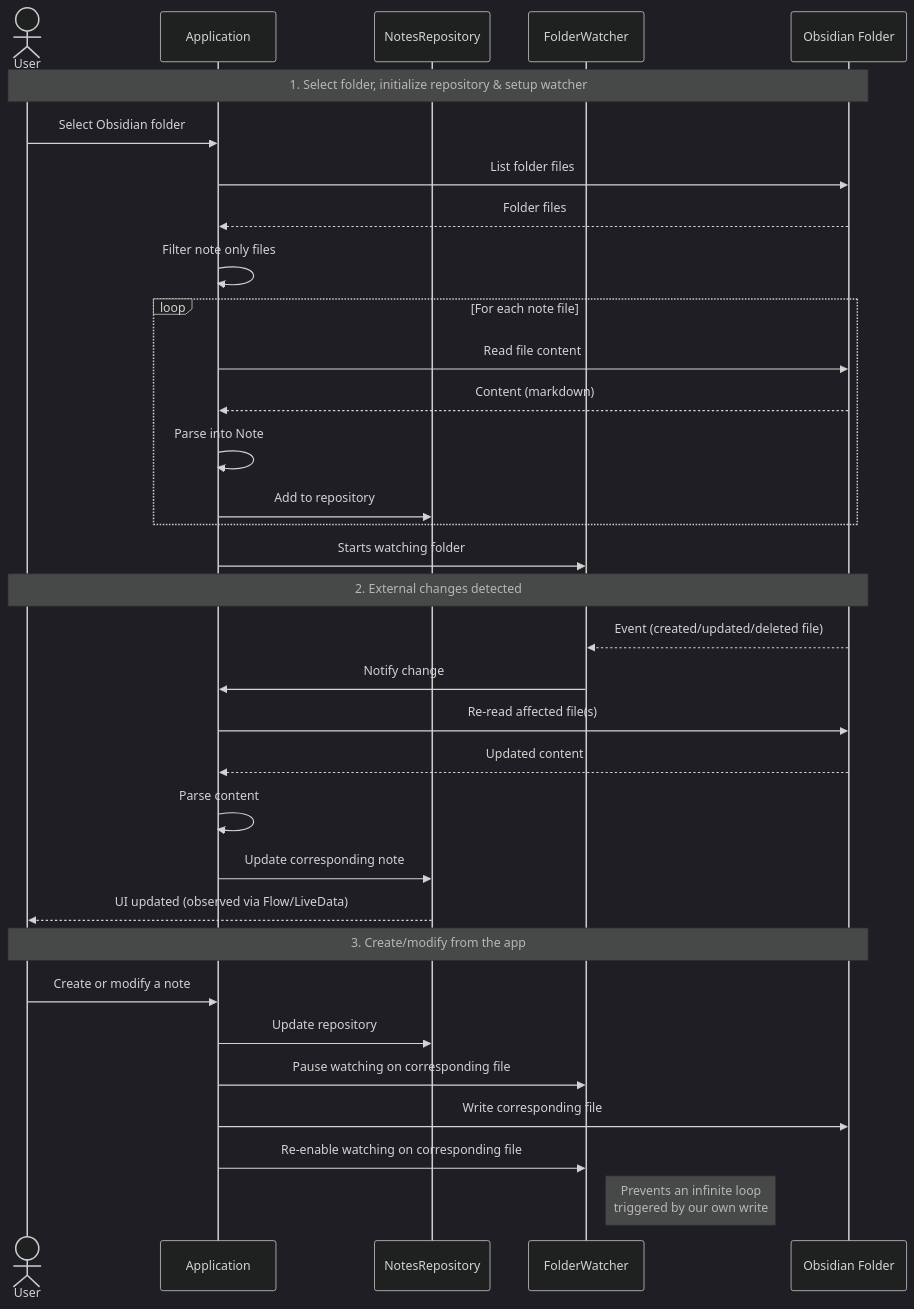
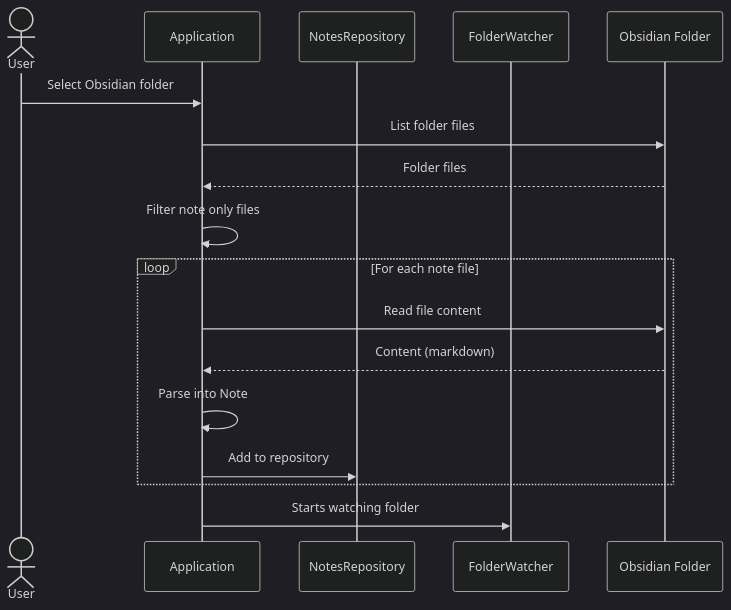
The first of 3 diagrams in README.md (juliengiraud/OpenTask), drawn with Mermaid (dark theme) before and after one commit. The commit also changed other lines of this file, not shown here.

````diff
--- a/README.md
+++ b/README.md
@@ -32,41 +41,20 @@
 ```mermaid
 sequenceDiagram
     actor U as User
     participant App as Application
     participant Repo as NotesRepository
     participant Watcher as FolderWatcher
     participant FS as Obsidian Folder
-
-    Note over U,FS: 1. Select folder, initialize repository & setup watcher
 
     U->>App: Select Obsidian folder
     App->>FS: List folder files
     FS-->>App: Folder files
     App->>App: Filter note only files
     loop For each note file
         App->>FS: Read file content
         FS-->>App: Content (markdown)
         App->>App: Parse into Note
         App->>Repo: Add to repository
     end
     App->>Watcher: Starts watching folder
-
-    Note over U,FS: 2. External changes detected
-
-    FS-->>Watcher: Event (created/updated/deleted file)
-    Watcher->>App: Notify change
-    App->>FS: Re-read affected file(s)
-    FS-->>App: Updated content
-    App->>App: Parse content
-    App->>Repo: Update corresponding note
-    Repo-->>U: UI updated (observed via Flow/LiveData)
-
-    Note over U,FS: 3. Create/modify from the app
-
-    U->>App: Create or modify a note
-    App->>Repo: Update repository
-    App->>Watcher: Pause watching on corresponding file
-    App->>FS: Write corresponding file
-    App->>Watcher: Re-enable watching on corresponding file
-    Note right of Watcher: Prevents an infinite loop<br/>triggered by our own write
 ```
````
